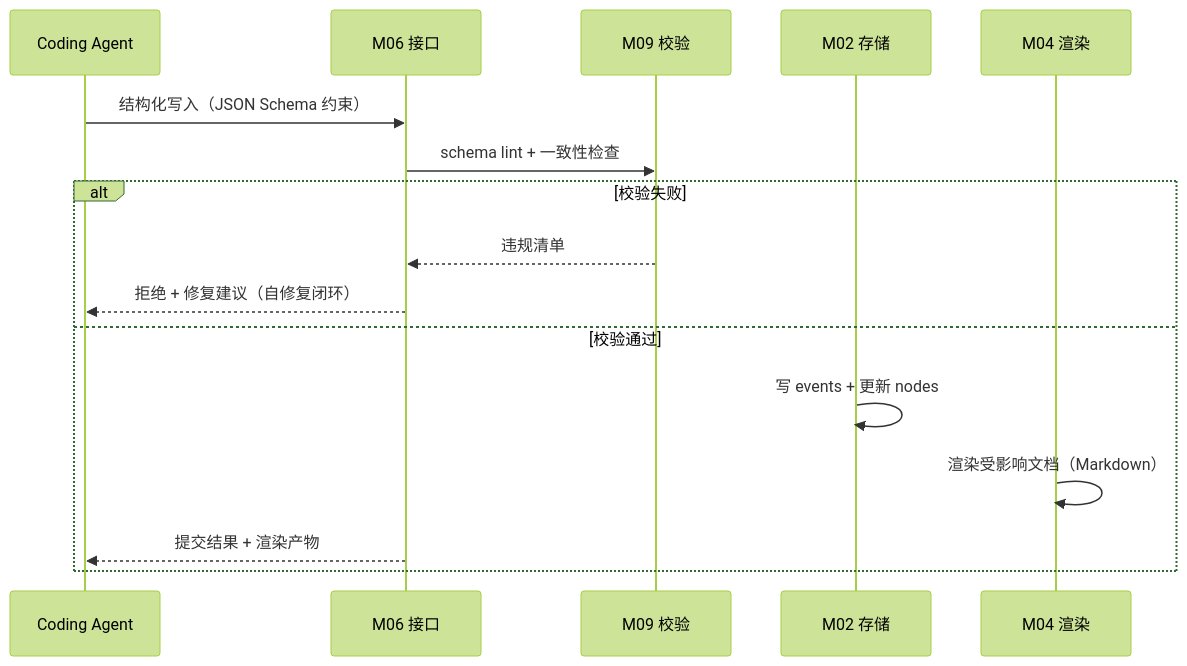
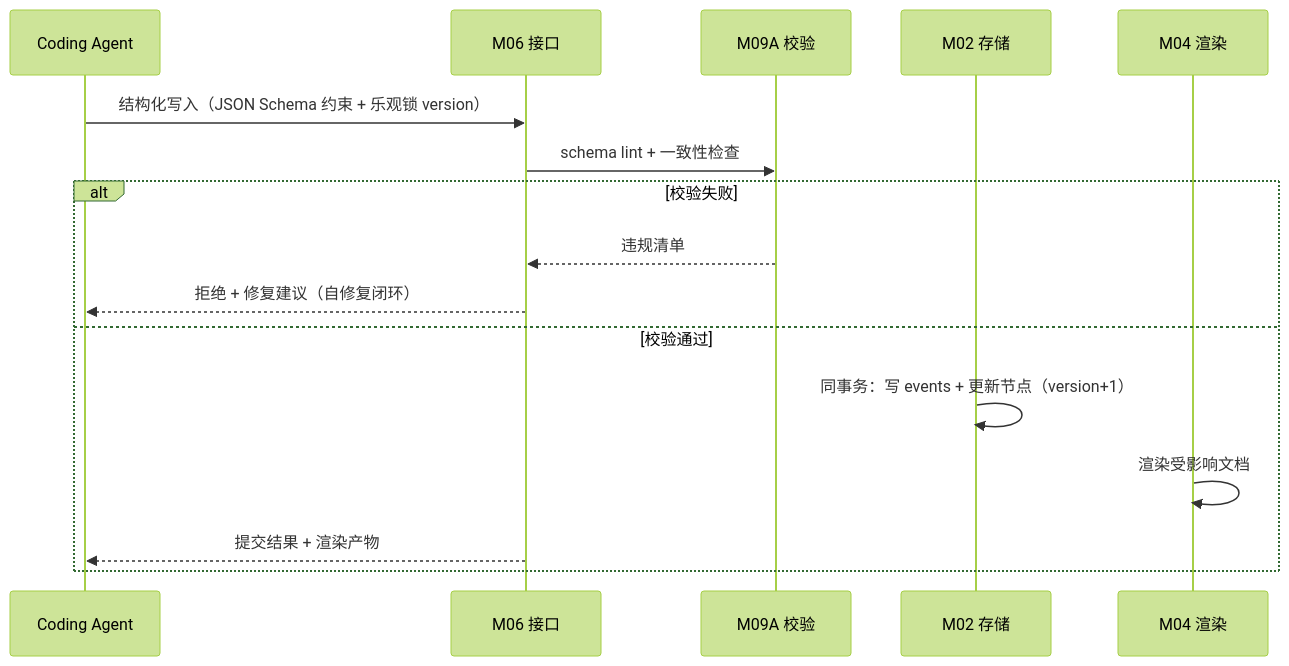
One commit to amoslee2026/AgenticDocer changed the fourth of 6 diagrams in spec/idea/design_doc.md. Above: the diagram before and after it, drawn with Mermaid (forest theme). The commit also changed other lines of this file and 2 other files, not shown here.

````diff
--- a/spec/idea/design_doc.md
+++ b/spec/idea/design_doc.md
@@ -154,18 +198,18 @@
 ```mermaid
 sequenceDiagram
     participant A as Coding Agent
     participant M6 as M06 接口
-    participant M9 as M09 校验
+    participant M9 as M09A 校验
     participant M2 as M02 存储
     participant M4 as M04 渲染
-    A->>M6: 结构化写入（JSON Schema 约束）
+    A->>M6: 结构化写入（JSON Schema 约束 + 乐观锁 version）
     M6->>M9: schema lint + 一致性检查
     alt 校验失败
         M9-->>M6: 违规清单
         M6-->>A: 拒绝 + 修复建议（自修复闭环）
     else 校验通过
-        M2->>M2: 写 events + 更新 nodes
-        M4->>M4: 渲染受影响文档（Markdown）
+        M2->>M2: 同事务：写 events + 更新节点（version+1）
+        M4->>M4: 渲染受影响文档
         M6-->>A: 提交结果 + 渲染产物
     end
 ```
````
